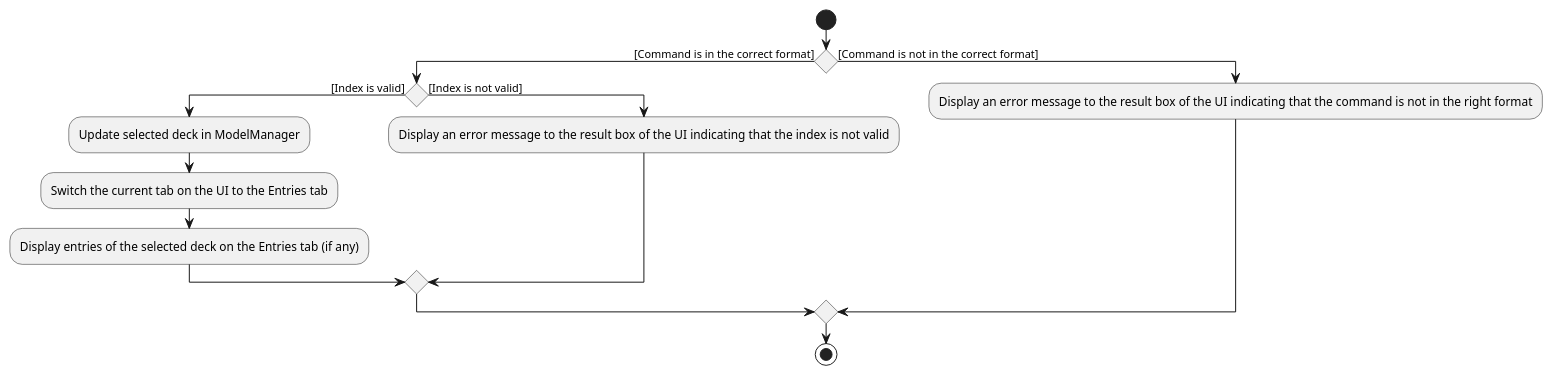
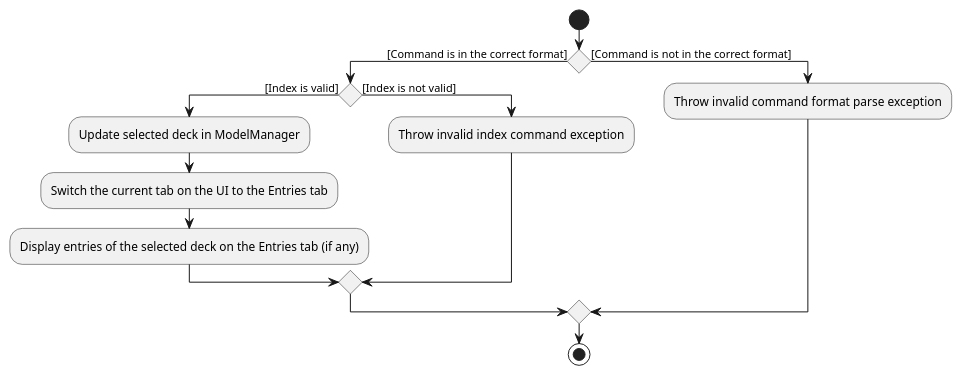
One commit to vigneshbhuvan-nus/tp changed the diagram in docs/diagrams/SelectActivityDiagram.puml. Above: the diagram before and after it, drawn with PlantUML. The commit also changed 12 other files, not shown here.

Commit message:
Shorten error messages in activity diagram

```diff
--- a/docs/diagrams/SelectActivityDiagram.puml
+++ b/docs/diagrams/SelectActivityDiagram.puml
@@ -1,15 +1,15 @@
 @startuml
 start
 if() then([Command is in the correct format])
 if() then([Index is valid])
 :Update selected deck in ModelManager;
 :Switch the current tab on the UI to the Entries tab;
 :Display entries of the selected deck on the Entries tab (if any);
 else([Index is not valid])
-:Display an error message to the result box of the UI indicating that the index is not valid;
+:Throw invalid index command exception;
 endif
 else([Command is not in the correct format])
-:Display an error message to the result box of the UI indicating that the command is not in the right format;
+:Throw invalid command format parse exception;
 endif
 stop
 @enduml
```
